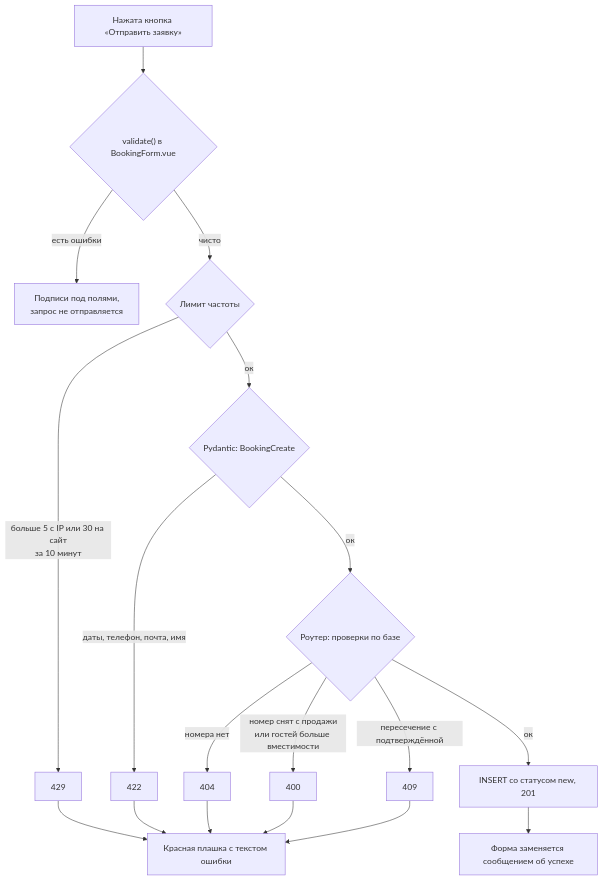
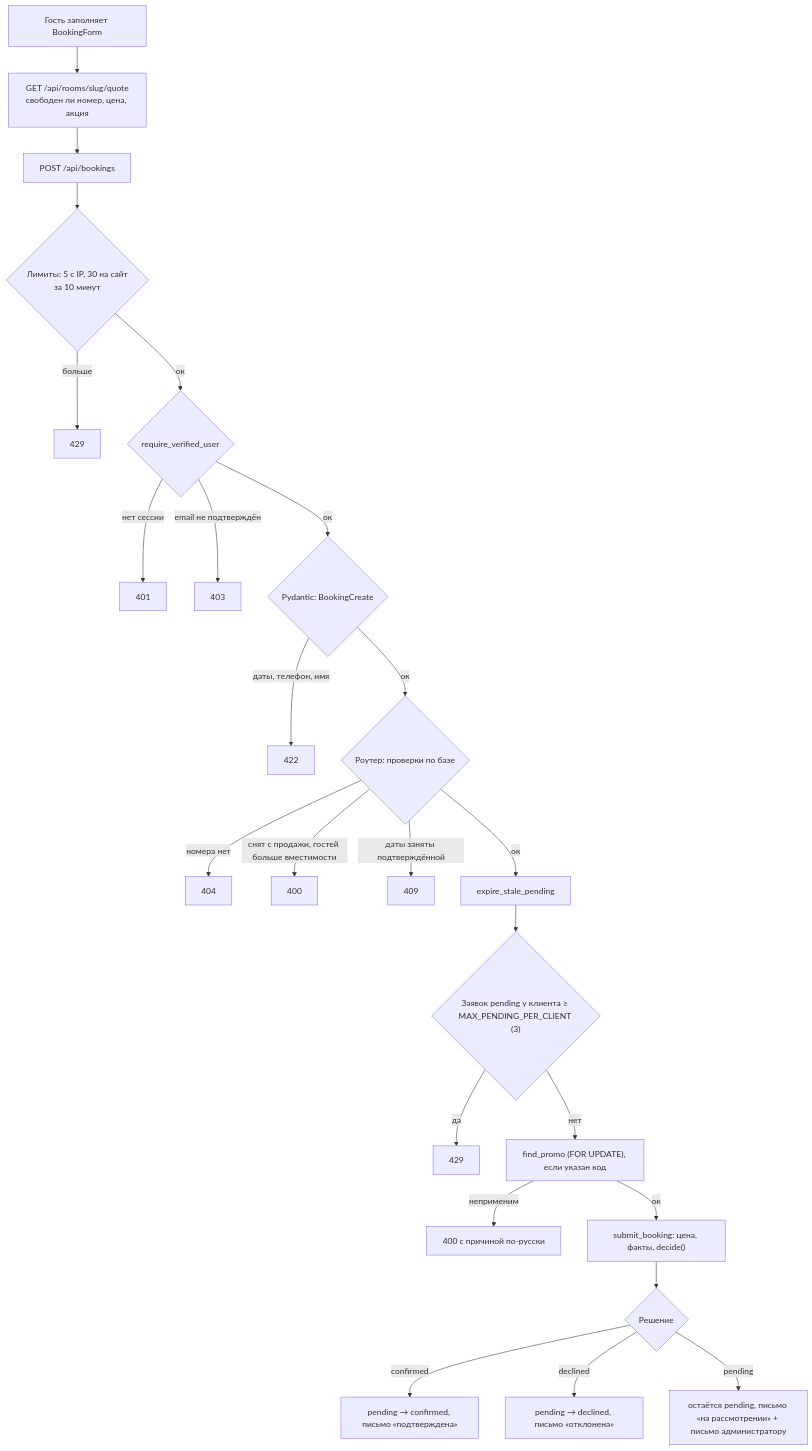
The fourth of 8 diagrams in docs/03-runtime-flows.md (kirillrub108/web-hotel), drawn with Mermaid before and after one commit. The commit also changed other lines of this file and 12 other files, not shown here.

````diff
--- a/docs/03-runtime-flows.md
+++ b/docs/03-runtime-flows.md
@@ -42,20 +98,26 @@
 ```mermaid
 flowchart TD
-  S["Нажата кнопка «Отправить заявку»"] --> V{"validate() в BookingForm.vue"}
-  V -- "есть ошибки" --> E1["Подписи под полями,<br/>запрос не отправляется"]
-  V -- "чисто" --> L{"Лимит частоты"}
-  L -- "больше 5 с IP или 30 на сайт<br/>за 10 минут" --> E0["429"]
-  L -- "ок" --> PD{"Pydantic: BookingCreate"}
-  PD -- "даты, телефон, почта, имя" --> E2["422"]
+  S["Гость заполняет BookingForm"] --> Q["GET /api/rooms/slug/quote<br/>свободен ли номер, цена, акция"]
+  Q --> P["POST /api/bookings"]
+  P --> L{"Лимиты: 5 с IP, 30 на сайт<br/>за 10 минут"}
+  L -- "больше" --> E429["429"]
+  L -- "ок" --> AU{"require_verified_user"}
+  AU -- "нет сессии" --> E401["401"]
+  AU -- "email не подтверждён" --> E403["403"]
+  AU -- "ок" --> PD{"Pydantic: BookingCreate"}
+  PD -- "даты, телефон, имя" --> E422["422"]
   PD -- "ок" --> R{"Роутер: проверки по базе"}
-  R -- "номера нет" --> E3["404"]
-  R -- "номер снят с продажи<br/>или гостей больше вместимости" --> E4["400"]
-  R -- "пересечение с подтверждённой" --> E5["409"]
-  R -- "ок" --> OK["INSERT со статусом new, 201"]
-  OK --> M["Форма заменяется сообщением об успехе"]
-  E0 --> M2["Красная плашка с текстом ошибки"]
-  E2 --> M2
-  E3 --> M2
-  E4 --> M2
-  E5 --> M2
+  R -- "номера нет" --> E404["404"]
+  R -- "снят с продажи, гостей больше вместимости" --> E400["400"]
+  R -- "даты заняты подтверждённой" --> E409["409"]
+  R -- "ок" --> X["expire_stale_pending"]
+  X --> PE{"Заявок pending у клиента ≥ MAX_PENDING_PER_CLIENT (3)"}
+  PE -- "да" --> E429b["429"]
+  PE -- "нет" --> PR["find_promo (FOR UPDATE), если указан код"]
+  PR -- "неприменим" --> E400b["400 с причиной по-русски"]
+  PR -- "ок" --> SB["submit_booking: цена, факты, decide()"]
+  SB --> ST{"Решение"}
+  ST -- "confirmed" --> C["pending → confirmed, письмо «подтверждена»"]
+  ST -- "declined" --> DC["pending → declined, письмо «отклонена»"]
+  ST -- "pending" --> W["остаётся pending, письмо «на рассмотрении» + письмо администратору"]
 ```
````
